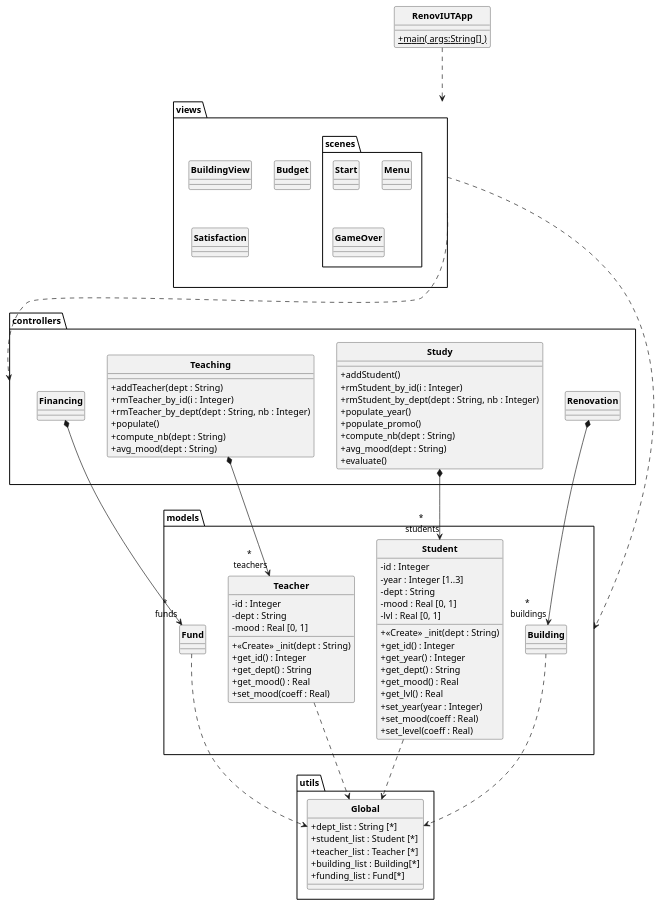
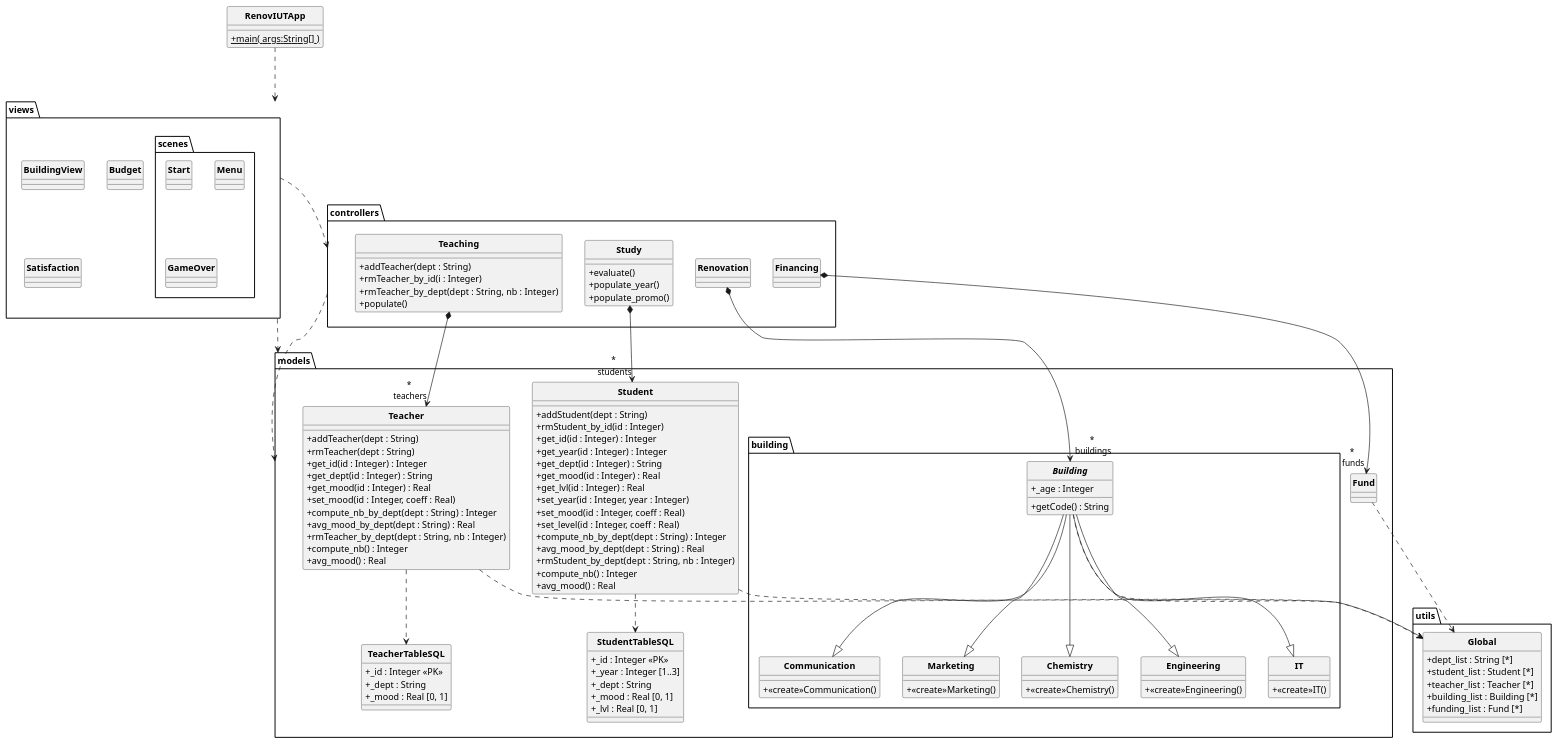
Before and after one commit to MartinFrison/Renov-IUT: the diagram in uml/renov-iut.puml, drawn with PlantUML.

Commit message:
update uml

```diff
--- a/uml/renov-iut.puml
+++ b/uml/renov-iut.puml
@@ -1,135 +1,192 @@
-@startuml
+@startuml RenovIUTApp
+
 skinparam style strictuml
 skinparam classAttributeIconSize 0
 skinparam classFontStyle Bold
 hide enum methods
 
-class RenovIUTApp {
+class RenovIUTApp 
+{
     + {static} main( args:String[] )
 }
 
-package models {
-    class Building {
+package models 
+{
+    package building
+    {
+        abstract class Building 
+        {
+            + _age : Integer
+            + getCode() : String
+        }
 
+        class IT
+        {
+            + <<create>>IT()
+        }
+
+        class Communication
+        {
+            + <<create>>Communication()
+        }
+
+        class Marketing
+        {
+            + <<create>>Marketing()
+        }
+
+        class Chemistry
+        {
+            + <<create>>Chemistry()
+        }
+
+        class Engineering
+        {
+            + <<create>>Engineering()
+        }
     }
 
-    class Student {
-        - id : Integer
-        - year : Integer [1..3]
-        - dept : String
-        - mood : Real [0, 1]
-        - lvl : Real [0, 1]
-        + «Create» _init(dept : String)
-        + get_id() : Integer
-        + get_year() : Integer
-        + get_dept() : String
-        + get_mood() : Real
-        + get_lvl() : Real
-        + set_year(year : Integer)
-        + set_mood(coeff : Real)
-        + set_level(coeff : Real)
+    class Student 
+    {
+        + addStudent(dept : String)
+        + rmStudent_by_id(id : Integer)
+        + get_id(id : Integer) : Integer
+        + get_year(id : Integer) : Integer
+        + get_dept(id : Integer) : String
+        + get_mood(id : Integer) : Real
+        + get_lvl(id : Integer) : Real
+        + set_year(id : Integer, year : Integer)
+        + set_mood(id : Integer, coeff : Real)
+        + set_level(id : Integer, coeff : Real)
+        + compute_nb_by_dept(dept : String) : Integer
+        + avg_mood_by_dept(dept : String) : Real
+        + rmStudent_by_dept(dept : String, nb : Integer)
+        + compute_nb() : Integer
+        + avg_mood() : Real
     }
 
-    class Teacher {
-        - id : Integer
-        - dept : String
-        - mood : Real [0, 1]
-        + «Create» _init(dept : String)
-        + get_id() : Integer
-        + get_dept() : String
-        + get_mood() : Real
-        + set_mood(coeff : Real)
+
+    class Teacher
+    {
+        + addTeacher(dept : String)
+        + rmTeacher(dept : String)
+        + get_id(id : Integer) : Integer    
+        + get_dept(id : Integer) : String
+        + get_mood(id : Integer) : Real
+        + set_mood(id : Integer, coeff : Real)
+        + compute_nb_by_dept(dept : String) : Integer
+        + avg_mood_by_dept(dept : String) : Real
+        + rmTeacher_by_dept(dept : String, nb : Integer)
+        + compute_nb() : Integer
+        + avg_mood() : Real
+    }
+
+
+    class StudentTableSQL
+    {
+        + _id : Integer <<PK>>
+        + _year : Integer [1..3]
+        + _dept : String
+        + _mood : Real [0, 1]
+        + _lvl : Real [0, 1]
+    }
+
+    class TeacherTableSQL
+    {
+        + _id : Integer <<PK>>
+        + _dept : String
+        + _mood : Real [0, 1]
     }
 
     class Fund {
-
     }
 }
 
-package controllers {
-    class Study {
-        + addStudent()
-        + rmStudent_by_id(i : Integer)
-        + rmStudent_by_dept(dept : String, nb : Integer)
+package controllers 
+{
+
+    class Study 
+    {
+        + evaluate()
         + populate_year()
         + populate_promo()
-        + compute_nb(dept : String)
-        + avg_mood(dept : String)
-        + evaluate()
     }
 
-    class Teaching {
+    class Teaching 
+    {
         + addTeacher(dept : String)
         + rmTeacher_by_id(i : Integer)
         + rmTeacher_by_dept(dept : String, nb : Integer)
         + populate()
-        + compute_nb(dept : String)
-        + avg_mood(dept : String)
     }
 
-    class Renovation {
-
+    class Renovation 
+    {
     }
 
-    class Financing {
-
+    class Financing 
+    {
     }
-    ' à compléter...
-
 }
 
 package views {
-    class BuildingView {
-
+    class BuildingView 
+    {
     }
 
-    class Budget {
-
+    class Budget 
+    {
     }
 
-    class Satisfaction {
-
+    class Satisfaction 
+    {
     }
 
-    package scenes {
+    package scenes 
+    {
         class Start {
-
         }
 
         class Menu {
-
         }
 
         class GameOver {
-
         }
-            ' à compléter...
     }
-    'à compléter...
 }
 
-package utils {
-    class Global {
+package utils 
+{
+    class Global 
+    {
         + dept_list : String [*]
         + student_list : Student [*]
         + teacher_list : Teacher [*]
-        + building_list : Building[*]
-        + funding_list : Fund[*]
+        + building_list : Building [*]
+        + funding_list : Fund [*]
     }
 }
 
 RenovIUTApp ...> views
-'controllers ..> models
-views ....> models
-views .> controllers
+controllers ..> models
+views ..> models
+views ..> controllers
 
 Study *--> "*\n students" Student
 Teaching *--> "*\n teachers" Teacher
 Renovation *--> "*\n buildings" Building
 Financing *--> "*\n funds" Fund
 Student ..> Global
 Teacher ..> Global
+Student ..> StudentTableSQL
+Teacher ..> TeacherTableSQL
 Fund ..> Global
 Building ..> Global
 
+Building --|> IT
+Building --|> Communication
+Building --|> Marketing
+Building --|> Chemistry
+Building --|> Engineering
+
 @enduml
```
